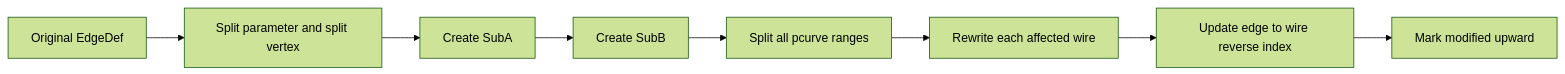
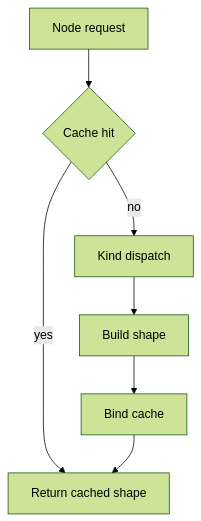
Before and after one commit to Open-Cascade-SAS/OCCT: the third of 3 diagrams in src/ModelingData/TKBRep/BRepGraph/README.md, drawn with Mermaid (forest theme). The commit also changed other lines of this file and 3 other files, not shown here.

Commit message:
refactor(BRepGraphInc): add architecture and README documentation for backend clarity and structure

````diff
--- a/src/ModelingData/TKBRep/BRepGraph/README.md
+++ b/src/ModelingData/TKBRep/BRepGraph/README.md
@@ -316,13 +77,9 @@
 ```mermaid
-flowchart LR
-  E[Original EdgeDef]
-  S[Split parameter and split vertex]
-  A[Create SubA]
-  B[Create SubB]
-  P[Split all pcurve ranges]
-  W[Rewrite each affected wire]
-  I[Update edge to wire reverse index]
-  M[Mark modified upward]
-
-  E --> S --> A --> B --> P --> W --> I --> M
+flowchart TD
+  N[Node request] --> C{Cache hit}
+  C -- yes --> R1[Return cached shape]
+  C -- no --> K[Kind dispatch]
+  K --> R2[Build shape]
+  R2 --> B[Bind cache]
+  B --> R1
 ```
````
